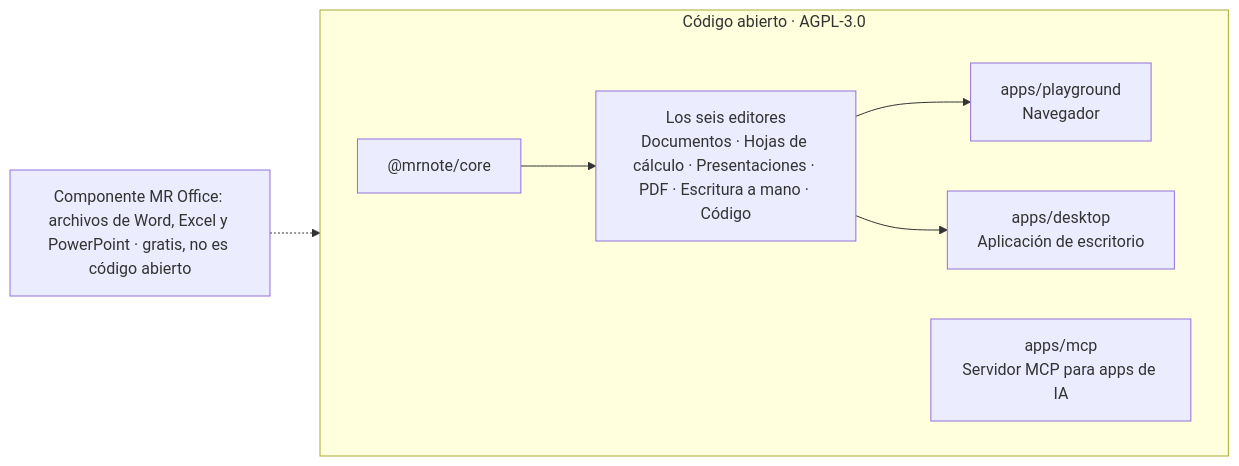
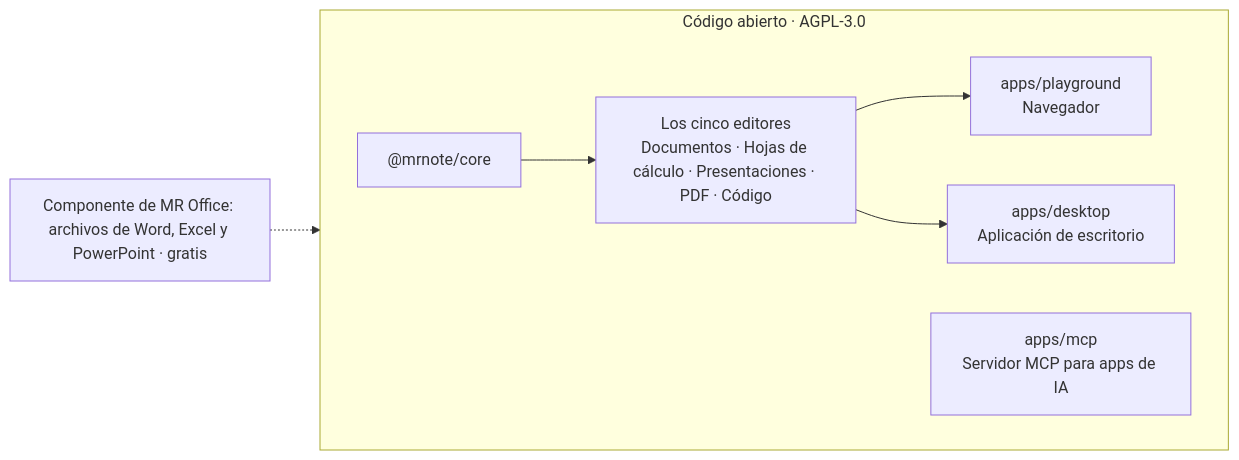
Before and after one commit to WhaleChao/MROffice: the diagram in i18n/README.es-419.md, drawn with Mermaid. The commit also changed other lines of this file and 621 other files, not shown here.

````diff
--- a/i18n/README.es-419.md
+++ b/i18n/README.es-419.md
@@ -130,11 +128,11 @@
 ```mermaid
 flowchart LR
   subgraph OSS["Código abierto · AGPL-3.0"]
     direction LR
-    core["@mrnote/core"] --> E["Los seis editores<br/>Documentos · Hojas de cálculo · Presentaciones · PDF · Escritura a mano · Código"]
+    core["@mrnote/core"] --> E["Los cinco editores<br/>Documentos · Hojas de cálculo · Presentaciones · PDF · Código"]
     E --> PG["apps/playground<br/>Navegador"]
     E --> DS["apps/desktop<br/>Aplicación de escritorio"]
     MCP["apps/mcp<br/>Servidor MCP para apps de IA"]
   end
-  COMP["Componente MR Office: archivos de Word, Excel y PowerPoint · gratis, no es código abierto"] -.-> DS
+  COMP["Componente de MR Office: archivos de Word, Excel y PowerPoint · gratis"] -.-> DS
 ```
````
